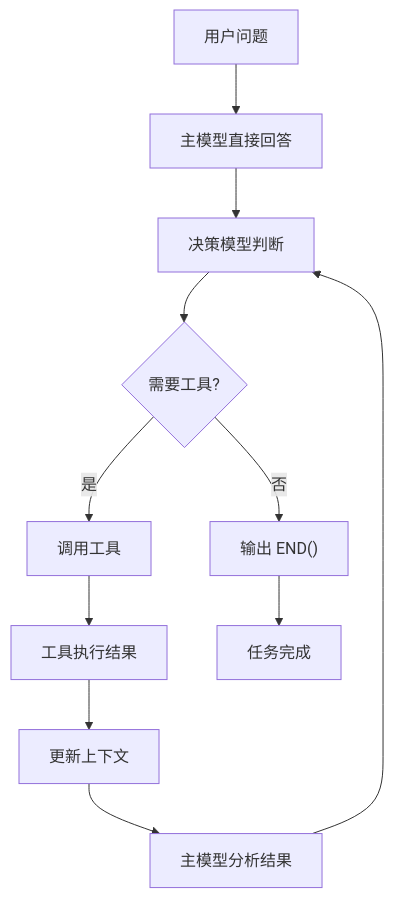
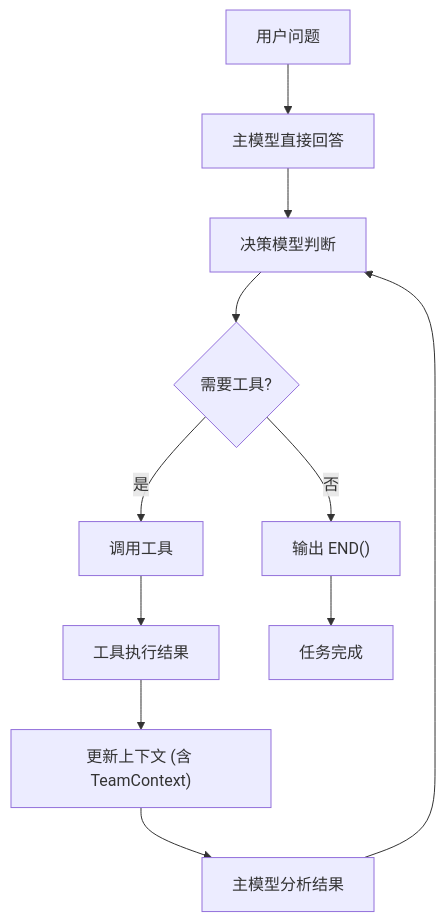
The diagram in README_CN.md (JNUZXF/EchoAgent), drawn with Mermaid before and after one commit. The commit also changed other lines of this file and 58 other files, not shown here.

````diff
--- a/README_CN.md
+++ b/README_CN.md
@@ -37,13 +37,13 @@
 ```mermaid
 graph TD
     A["用户问题"] --> B["主模型直接回答"]
     B --> C["决策模型判断"]
     C --> D{"需要工具?"}
     D -->|"是"| E["调用工具"]
     D -->|"否"| F["输出 END()"]
     E --> G["工具执行结果"]
-    G --> H["更新上下文"]
+    G --> H["更新上下文 (含 TeamContext)"]
     H --> I["主模型分析结果"]
     I --> C
     F --> J["任务完成"]
 ```
````
